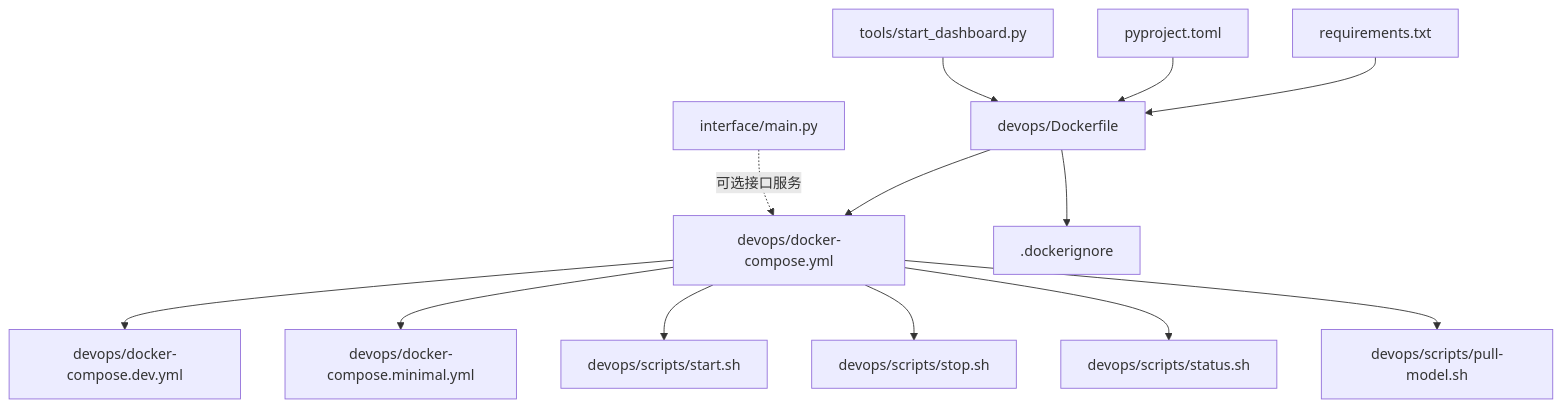
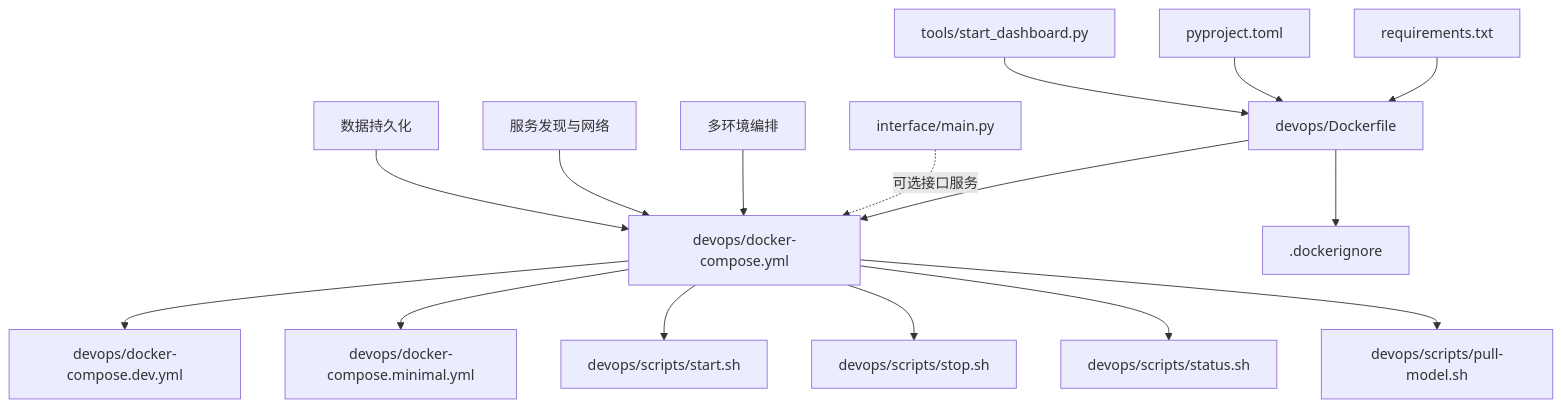
One commit to JieGaoPrinceton/NecoRAG changed the first of 6 diagrams in .qoder/repowiki/zh/content/部署与运维/容器化部署.md. Above: the diagram before and after it, drawn with Mermaid. The commit also changed other lines of this file and 70 other files, not shown here.

````diff
--- a/.qoder/repowiki/zh/content/部署与运维/容器化部署.md
+++ b/.qoder/repowiki/zh/content/部署与运维/容器化部署.md
@@ -43,15 +54,18 @@
 ```mermaid
 graph TB
 A["devops/Dockerfile"] --> B["devops/docker-compose.yml"]
 A --> C[".dockerignore"]
 B --> D["devops/docker-compose.dev.yml"]
 B --> E["devops/docker-compose.minimal.yml"]
 B --> F["devops/scripts/start.sh"]
 B --> G["devops/scripts/stop.sh"]
 B --> H["devops/scripts/status.sh"]
 B --> I["devops/scripts/pull-model.sh"]
 J["requirements.txt"] --> A
 K["pyproject.toml"] --> A
 L["tools/start_dashboard.py"] --> A
 M["interface/main.py"] -. 可选接口服务 .-> B
+N["多环境编排"] --> B
+O["服务发现与网络"] --> B
+P["数据持久化"] --> B
 ```
````
